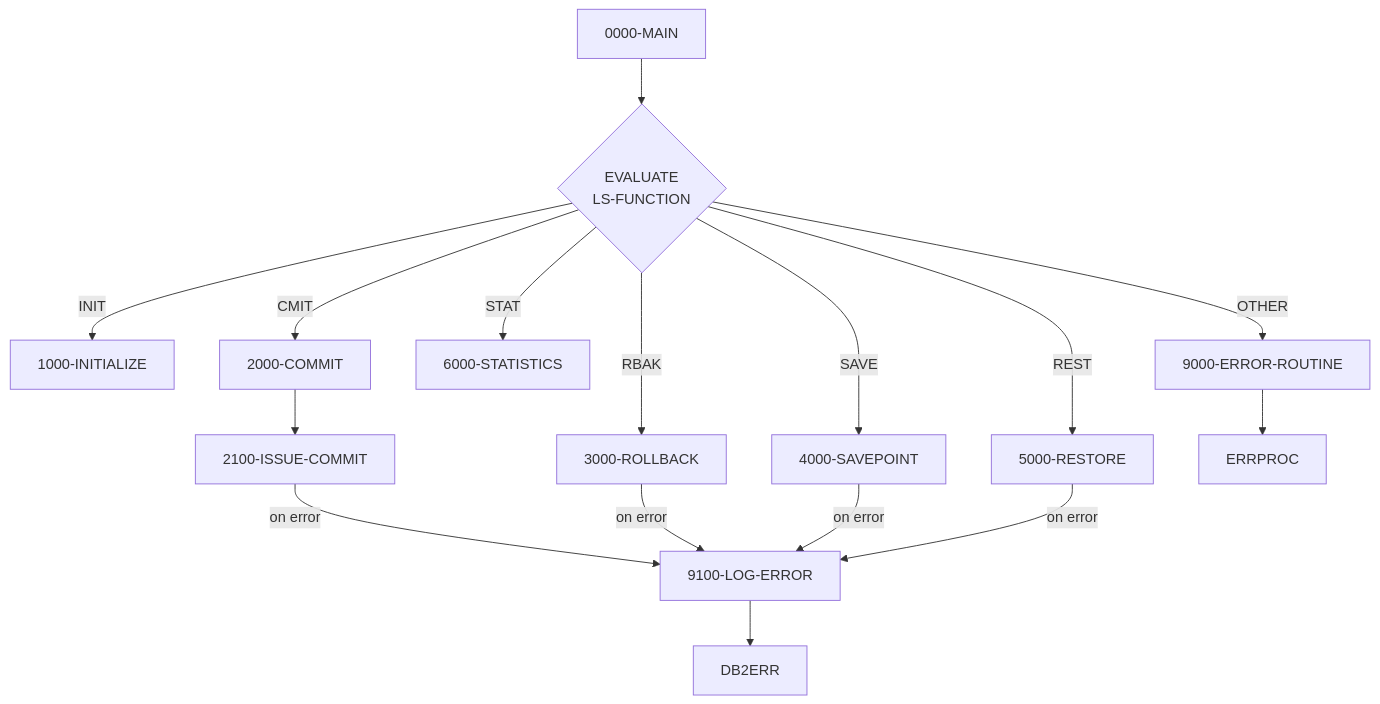
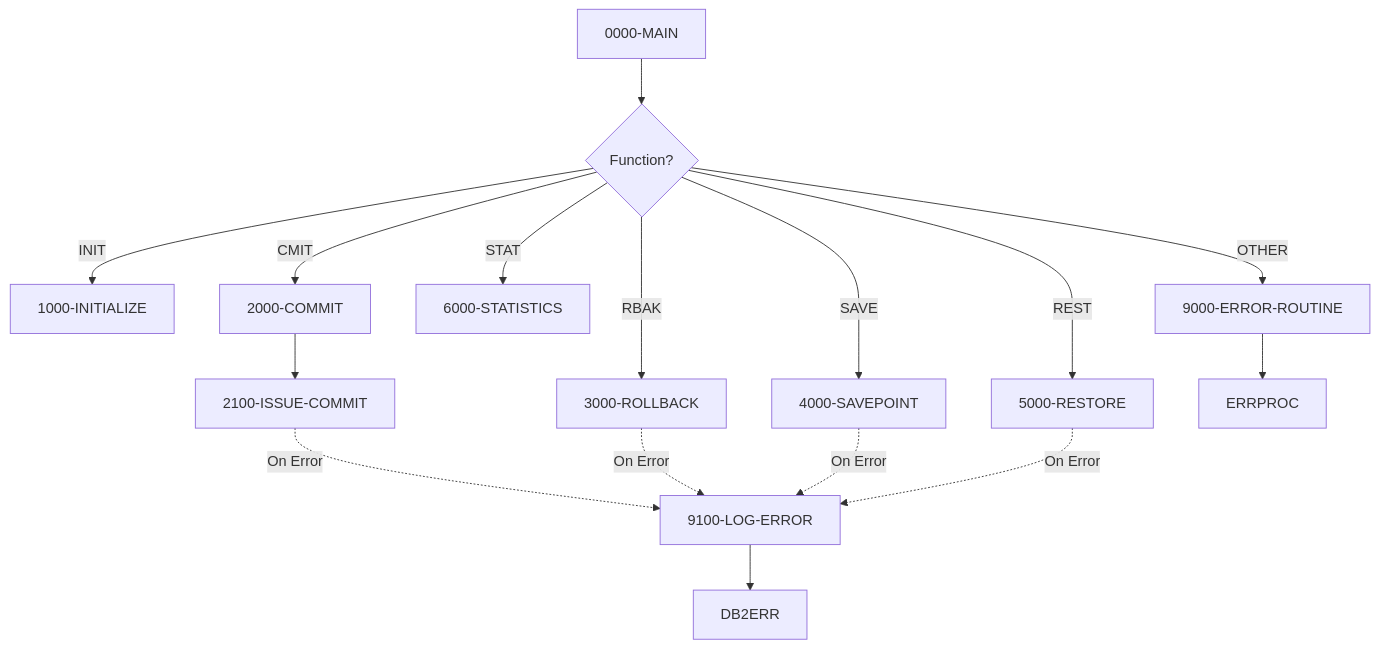
Before and after one commit to haladir-com/legacy-benchmark-docs-vb70e1: the diagram in docs/programs/DB2CMT.mdx, drawn with Mermaid. The commit also changed other lines of this file and 63 other files, not shown here.

````diff
--- a/docs/programs/DB2CMT.mdx
+++ b/docs/programs/DB2CMT.mdx
@@ -22,22 +22,19 @@
 ```mermaid
 graph TD
-    A["0000-MAIN"] --> B{"EVALUATE<br/>LS-FUNCTION"}
+    A[0000-MAIN] --> B{Function?}
+    B -->|INIT| C[1000-INITIALIZE]
+    B -->|CMIT| D[2000-COMMIT]
+    B -->|RBAK| E[3000-ROLLBACK]
+    B -->|SAVE| F[4000-SAVEPOINT]
+    B -->|REST| G[5000-RESTORE]
+    B -->|STAT| H[6000-STATISTICS]
+    B -->|OTHER| I[9000-ERROR-ROUTINE]
     
-    B -->|"INIT"| C["1000-INITIALIZE"]
-    B -->|"CMIT"| D["2000-COMMIT"]
-    B -->|"RBAK"| E["3000-ROLLBACK"]
-    B -->|"SAVE"| F["4000-SAVEPOINT"]
-    B -->|"REST"| G["5000-RESTORE"]
-    B -->|"STAT"| H["6000-STATISTICS"]
-    B -->|"OTHER"| I["9000-ERROR-ROUTINE"]
-    
-    D --> D1["2100-ISSUE-COMMIT"]
-    D1 -->|"on error"| J["9100-LOG-ERROR"]
-    
-    E -->|"on error"| J
-    F -->|"on error"| J
-    G -->|"on error"| J
-    
-    I --> K["ERRPROC"]
-    J --> L["DB2ERR"]
+    D --> D1[2100-ISSUE-COMMIT]
+    D1 -.->|On Error| J[9100-LOG-ERROR]
+    E -.->|On Error| J
+    F -.->|On Error| J
+    G -.->|On Error| J
+    I --> K[ERRPROC]
+    J --> L[DB2ERR]
 ```
````
